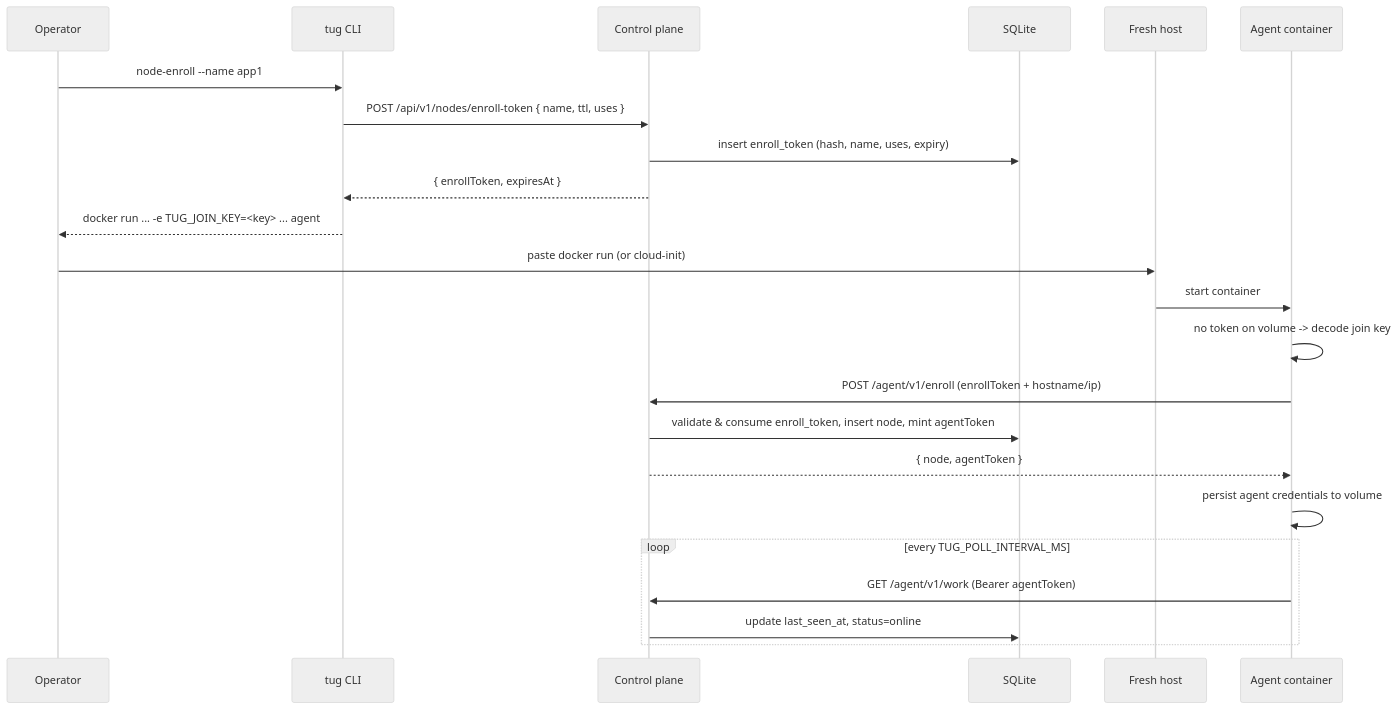
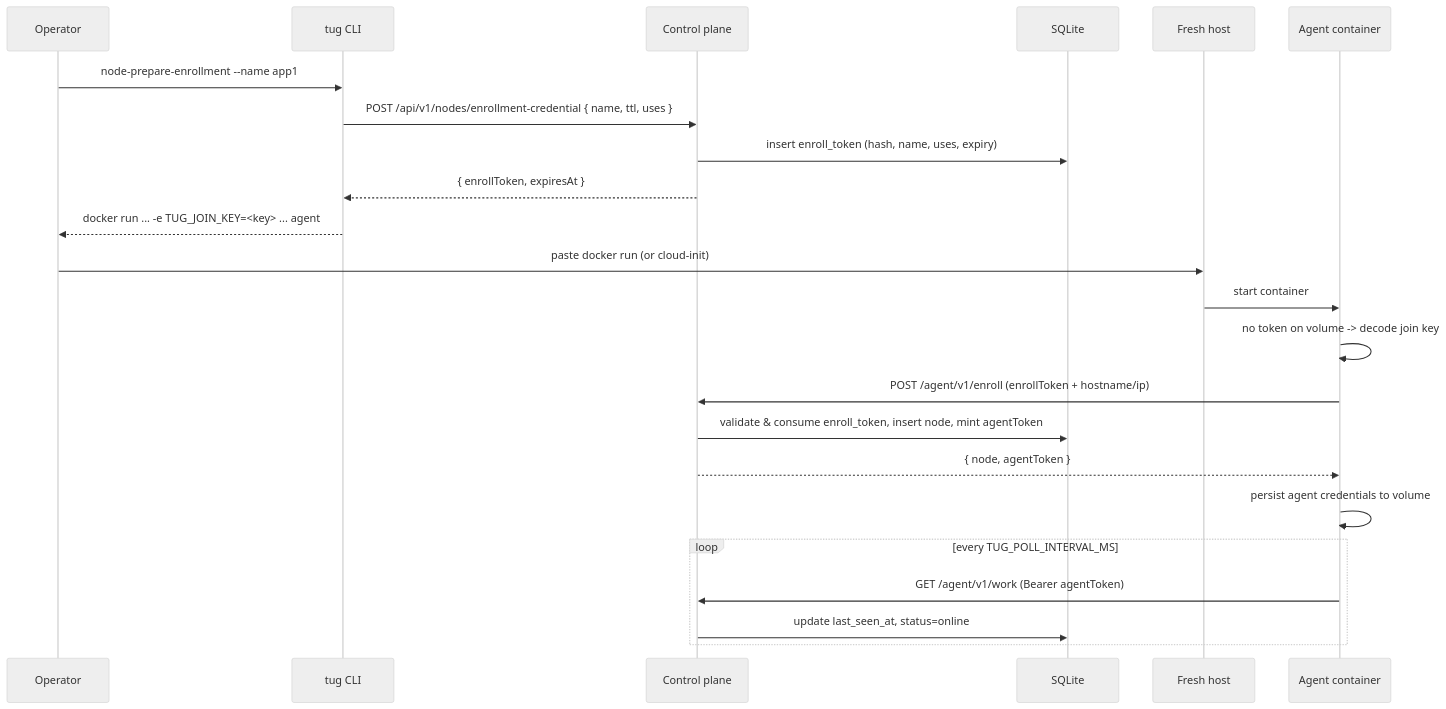
The second of 5 diagrams in docs/architecture.md (wpelevator/tug), drawn with Mermaid (neutral theme) before and after one commit. The commit also changed other lines of this file and 40 other files, not shown here.

First line of the commit message:
refactor: rename token-* to credential-*, node-replace/repair to *-identity, node-enroll to node-prepare-enrollment

````diff
--- a/docs/architecture.md
+++ b/docs/architecture.md
@@ -88,26 +88,26 @@
 ```mermaid
 sequenceDiagram
     participant Op as Operator
     participant CLI as tug CLI
     participant Ctrl as Control plane
     participant DB as SQLite
     participant Host as Fresh host
     participant Agent as Agent container
 
-    Op->>CLI: node-enroll --name app1
-    CLI->>Ctrl: POST /api/v1/nodes/enroll-token { name, ttl, uses }
+    Op->>CLI: node-prepare-enrollment --name app1
+    CLI->>Ctrl: POST /api/v1/nodes/enrollment-credential { name, ttl, uses }
     Ctrl->>DB: insert enroll_token (hash, name, uses, expiry)
     Ctrl-->>CLI: { enrollToken, expiresAt }
     CLI-->>Op: docker run ... -e TUG_JOIN_KEY=<key> ... agent
     Op->>Host: paste docker run (or cloud-init)
     Host->>Agent: start container
     Agent->>Agent: no token on volume -> decode join key
     Agent->>Ctrl: POST /agent/v1/enroll (enrollToken + hostname/ip)
     Ctrl->>DB: validate & consume enroll_token, insert node, mint agentToken
     Ctrl-->>Agent: { node, agentToken }
     Agent->>Agent: persist agent credentials to volume
     loop every TUG_POLL_INTERVAL_MS
         Agent->>Ctrl: GET /agent/v1/work (Bearer agentToken)
         Ctrl->>DB: update last_seen_at, status=online
     end
 ```
````
